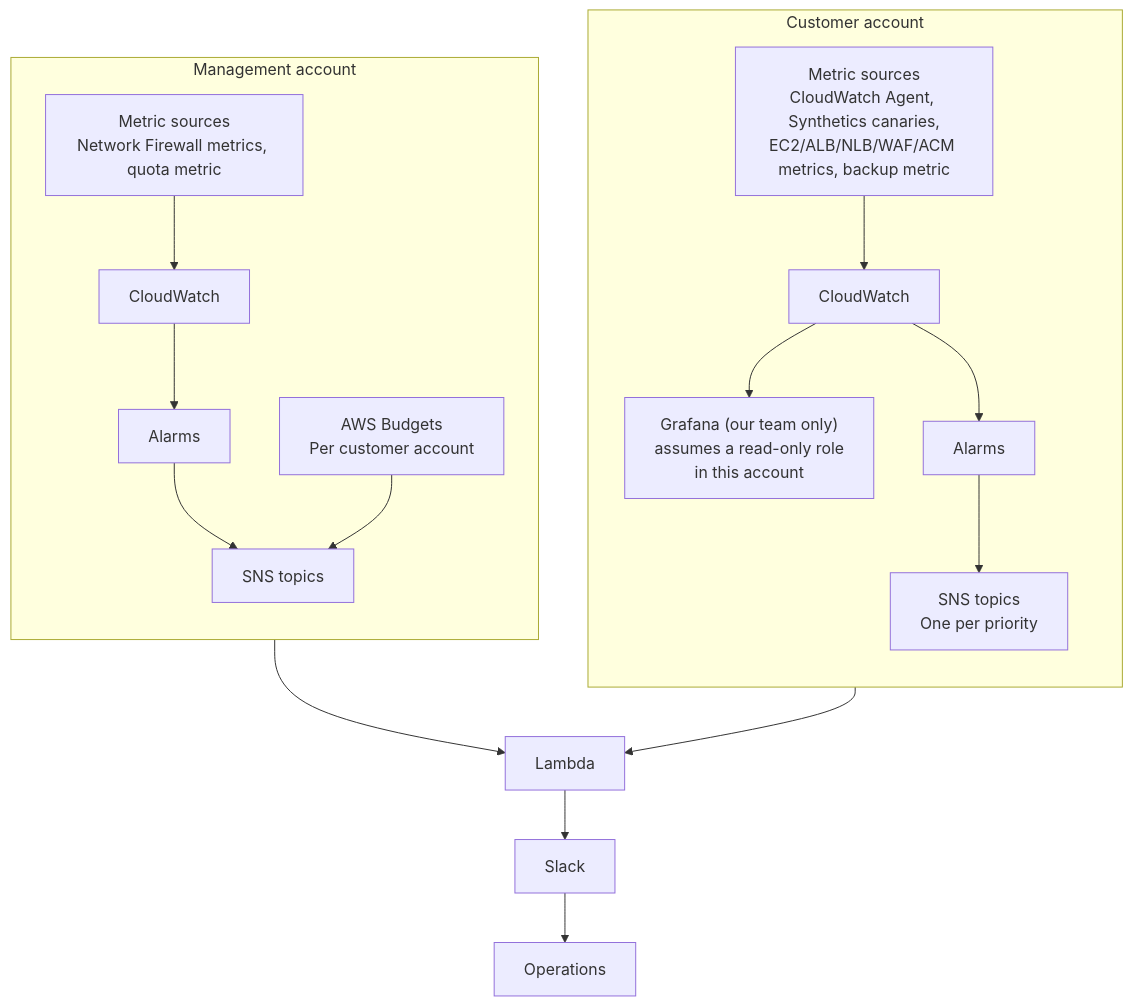
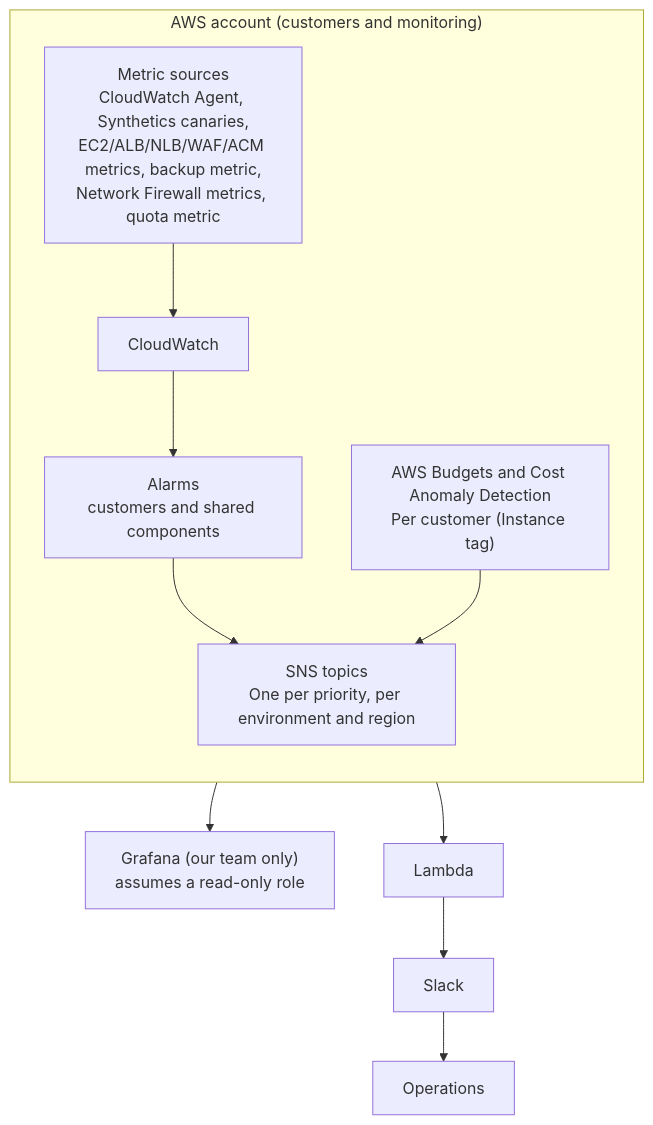
Before and after one commit to NgGiaToan/testing-terraform: the first of 4 diagrams in monitoring.md, drawn with Mermaid. The commit also changed other lines of this file and 127 other files, not shown here.

````diff
--- a/monitoring.md
+++ b/monitoring.md
@@ -11,33 +11,21 @@
 ```mermaid
 flowchart TD
-  subgraph CUST["Customer account"]
+  subgraph ACC["AWS account (customers and monitoring)"]
     direction TB
-    CS["Metric sources<br/>CloudWatch Agent, Synthetics canaries,<br/>EC2/ALB/NLB/WAF/ACM metrics, backup metric"]
+    CS["Metric sources<br/>CloudWatch Agent, Synthetics canaries,<br/>EC2/ALB/NLB/WAF/ACM metrics, backup metric,<br/>Network Firewall metrics, quota metric"]
     CW["CloudWatch"]
-    GF["Grafana (our team only)<br/>assumes a read-only role<br/>in this account"]
-    CA["Alarms"]
-    CSNS["SNS topics<br/>One per priority"]
+    CA["Alarms<br/>customers and shared components"]
+    BUD["AWS Budgets and Cost Anomaly Detection<br/>Per customer (Instance tag)"]
+    SNS["SNS topics<br/>One per priority, per environment and region"]
     CS --> CW
-    CW --> GF
     CW --> CA
-    CA --> CSNS
+    CA --> SNS
+    BUD --> SNS
   end
 
-  subgraph MGMT["Management account"]
-    direction TB
-    MS["Metric sources<br/>Network Firewall metrics, quota metric"]
-    MCW["CloudWatch"]
-    MA["Alarms"]
-    BUD["AWS Budgets<br/>Per customer account"]
-    MSNS["SNS topics"]
-    MS --> MCW
-    MCW --> MA
-    MA --> MSNS
-    BUD --> MSNS
-  end
-
-  CSNS --> LAM["Lambda"]
-  MSNS --> LAM
+  GF["Grafana (our team only)<br/>assumes a read-only role"]
+  CW --> GF
+  SNS --> LAM["Lambda"]
   LAM --> SLK["Slack"]
   SLK --> OPS["Operations"]
 ```
````
